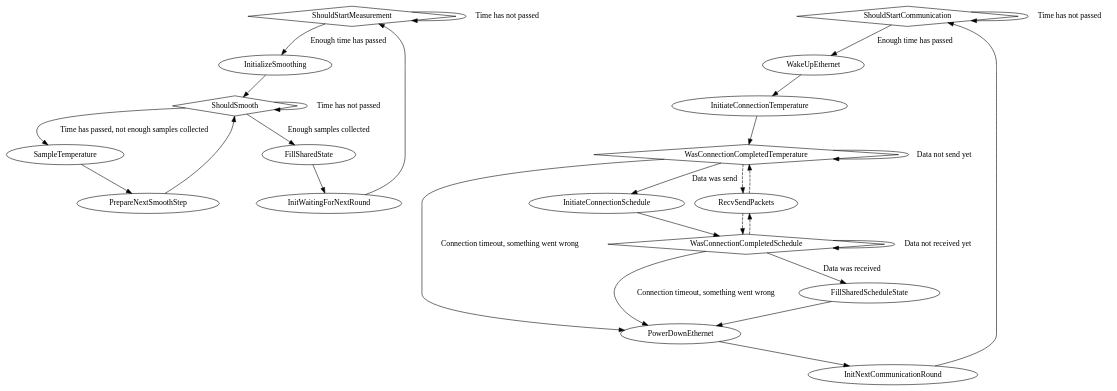
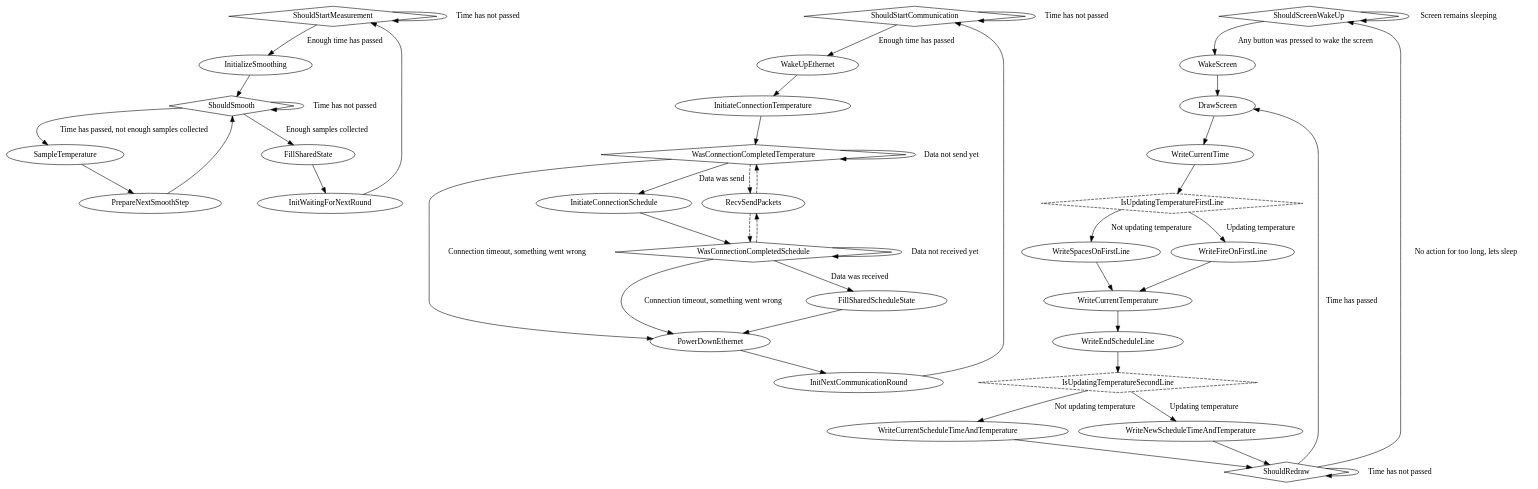
One commit to DavyLandman/ardmostat changed the diagram in Arduino/design/states.dot. Above: the diagram before and after it, drawn with Graphviz.

Commit message:
Added screen drawing logic to state design

```diff
--- a/Arduino/design/states.dot
+++ b/Arduino/design/states.dot
@@ -1,47 +1,76 @@
 digraph states {
 	// temperature measurement
 	ShouldStartMeasurement -> ShouldStartMeasurement [label="Time has not passed"]
 	ShouldStartMeasurement -> InitializeSmoothing [label="Enough time has passed"]
 	InitializeSmoothing -> ShouldSmooth
 
 	ShouldSmooth -> ShouldSmooth [label="Time has not passed"]
 	ShouldSmooth -> SampleTemperature [label="Time has passed, not enough samples collected"]
 	ShouldSmooth -> FillSharedState [label="Enough samples collected"]
 
 	SampleTemperature -> PrepareNextSmoothStep
 	PrepareNextSmoothStep -> ShouldSmooth
 	FillSharedState -> InitWaitingForNextRound
 	InitWaitingForNextRound -> ShouldStartMeasurement
 
 	ShouldStartMeasurement [shape=diamond]
 	ShouldSmooth [shape=diamond]
 
 	// communicate with server
 	ShouldStartCommunication -> ShouldStartCommunication [label="Time has not passed"]
 	ShouldStartCommunication -> WakeUpEthernet [label="Enough time has passed"]
 
 	WakeUpEthernet -> InitiateConnectionTemperature
 	InitiateConnectionTemperature -> WasConnectionCompletedTemperature
 
 	WasConnectionCompletedTemperature -> RecvSendPackets -> WasConnectionCompletedTemperature [style=dashed]
 	WasConnectionCompletedTemperature -> PowerDownEthernet [label="Connection timeout, something went wrong"]
 	WasConnectionCompletedTemperature -> WasConnectionCompletedTemperature [label="Data not send yet"]
 	WasConnectionCompletedTemperature -> InitiateConnectionSchedule [label="Data was send"]
 
 	InitiateConnectionSchedule -> WasConnectionCompletedSchedule
 
 	WasConnectionCompletedSchedule -> RecvSendPackets -> WasConnectionCompletedSchedule [style=dashed]
 	WasConnectionCompletedSchedule -> PowerDownEthernet [label="Connection timeout, something went wrong"]
 	WasConnectionCompletedSchedule -> WasConnectionCompletedSchedule [label="Data not received yet"]
 	WasConnectionCompletedSchedule -> FillSharedScheduleState [label="Data was received"]
 
 	FillSharedScheduleState -> PowerDownEthernet
 	PowerDownEthernet -> InitNextCommunicationRound -> ShouldStartCommunication
 
 
 	ShouldStartCommunication [shape=diamond]
 	WasConnectionCompletedTemperature [shape=diamond]
 	WasConnectionCompletedSchedule [shape=diamond]
-	// execute schedule
+
+	// show screen
+	ShouldScreenWakeUp -> WakeScreen [label="Any button was pressed to wake the screen"]
+	ShouldScreenWakeUp -> ShouldScreenWakeUp [label="Screen remains sleeping"]
+
+	WakeScreen -> DrawScreen
+
+	DrawScreen -> WriteCurrentTime -> IsUpdatingTemperatureFirstLine
+
+	IsUpdatingTemperatureFirstLine -> WriteSpacesOnFirstLine [label="Not updating temperature"]
+	IsUpdatingTemperatureFirstLine -> WriteFireOnFirstLine [label="Updating temperature"]
+	WriteSpacesOnFirstLine -> WriteCurrentTemperature
+	WriteFireOnFirstLine -> WriteCurrentTemperature
+	WriteCurrentTemperature -> WriteEndScheduleLine
+	
+	WriteEndScheduleLine -> IsUpdatingTemperatureSecondLine
+	IsUpdatingTemperatureSecondLine -> WriteCurrentScheduleTimeAndTemperature [label="Not updating temperature"]
+	IsUpdatingTemperatureSecondLine -> WriteNewScheduleTimeAndTemperature [label="Updating temperature"]
+	WriteCurrentScheduleTimeAndTemperature -> ShouldRedraw
+	WriteNewScheduleTimeAndTemperature -> ShouldRedraw
+
+	ShouldRedraw -> DrawScreen [label="Time has passed"]
+	ShouldRedraw -> ShouldRedraw [label="Time has not passed"]
+	ShouldRedraw -> ShouldScreenWakeUp [label="No action for too long, lets sleep"]
+
+
+	ShouldScreenWakeUp [shape=diamond]
+	IsUpdatingTemperatureFirstLine [shape=diamond, style=dashed]
+	IsUpdatingTemperatureSecondLine [shape=diamond, style=dashed]
+	ShouldRedraw [shape=diamond]
 
 }
```
